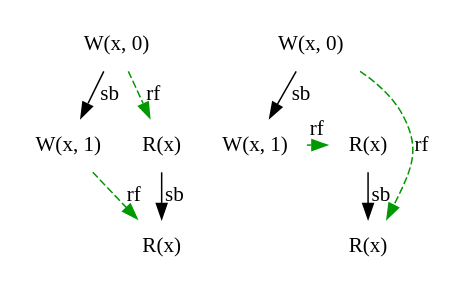
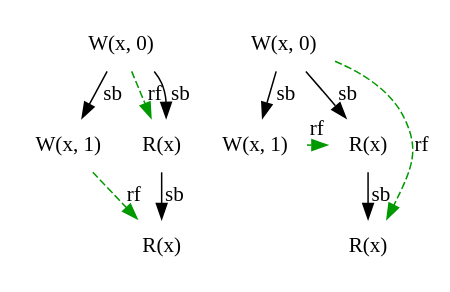
One commit to vlstill/presentations changed the diagram in pds_2018s_b/exg01.dot. Above: the diagram before and after it, drawn with Graphviz. The commit also changed 2 other files, not shown here.

```diff
--- a/pds_2018s_b/exg01.dot
+++ b/pds_2018s_b/exg01.dot
@@ -1,24 +1,25 @@
 digraph exg01 {
     node [ shape = none ]
     graph [ ranksep = 0, nodesep = 0 ]
     
     w0 [label = "W(x, 0)"]
     w1 [label = "W(x, 1)"]
     w0 -> w1 [label = "sb"]
     r1 [label = "R(x)"]
     w0 -> r1 [label = "rf", style = dashed, color = "#009900"]
+    w0 -> r1 [label = "sb", constraint = false]
     r2 [label = "R(x)"]
     r1 -> r2 [label = "sb"]
     w1 -> r2 [label = "rf", style = dashed, color = "#009900", constraint = false]
 
     w0_ [label = "W(x, 0)"]
     w1_ [label = "W(x, 1)"]
     w0_ -> w1_ [label = "sb"]
     r1_ [label = "R(x)"]
-    w0_ -> r1_ [style = invis]
+    w0_ -> r1_ [label = "sb"]
     w1_ -> r1_ [label = "rf", style = dashed, color = "#009900", constraint = false]
     r2_ [label = "R(x)"]
     r1_ -> r2_ [label = "sb"]
     w0_ -> r2_ [label = "rf", style = dashed, color = "#009900", constraint = false]
 }
 // vim: nospell
```
